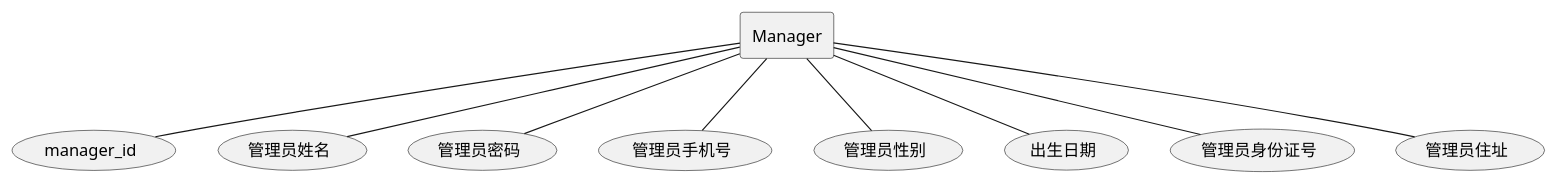
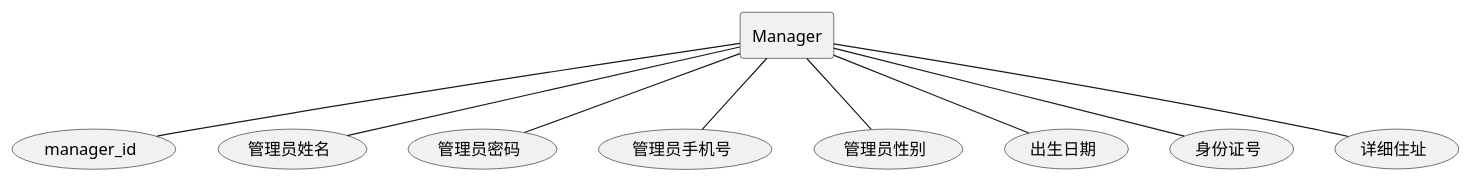
The fourth of 31 diagrams in docs/UML/plantuml.md (xiaokangxxs/notebook), drawn with PlantUML before and after one commit. The commit also changed other lines of this file and 9 other files, not shown here.

Commit message:
add sqoop and update uml

````diff
--- a/docs/UML/plantuml.md
+++ b/docs/UML/plantuml.md
@@ -92,13 +90,13 @@
 ```plantuml
 @startuml
 rectangle Manager
 Manager -- (manager_id)
 Manager -- (管理员姓名)
 Manager -- (管理员密码)
 Manager -- (管理员手机号)
 Manager -- (管理员性别)
 Manager -- (出生日期)
-Manager -- (管理员身份证号)
-Manager -- (管理员住址)
+Manager -- (身份证号)
+Manager -- (详细住址)
 @enduml
 ```
````
